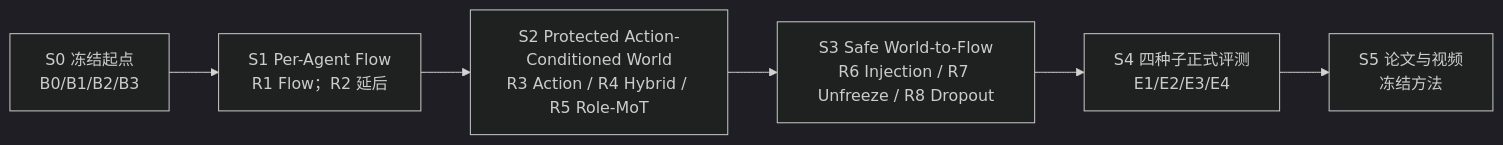
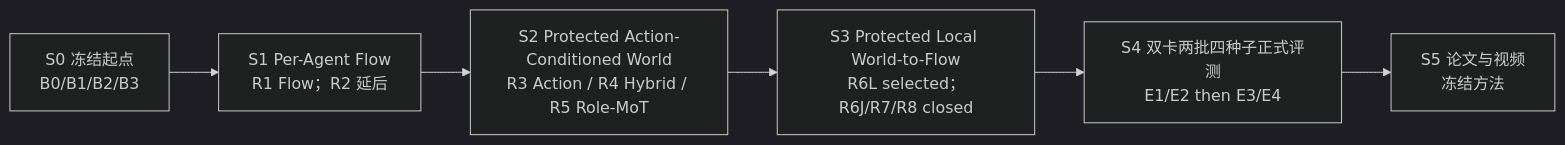
The first of 2 diagrams in docs/plans/20260725_P1_MULTI_ROBOT_MODEL_ARCHITECTURE_ACTION_GENERATION_ROADMAP_V2.0_ZH.md (Jeong-zju/before-we-act), drawn with Mermaid (dark theme) before and after one commit. The commit also changed other lines of this file, not shown here.

Commit message:
docs(s3): converge route on accepted local injection

````diff
--- a/docs/plans/20260725_P1_MULTI_ROBOT_MODEL_ARCHITECTURE_ACTION_GENERATION_ROADMAP_V2.0_ZH.md
+++ b/docs/plans/20260725_P1_MULTI_ROBOT_MODEL_ARCHITECTURE_ACTION_GENERATION_ROADMAP_V2.0_ZH.md
@@ -176,11 +175,11 @@
 ```mermaid
 flowchart LR
     S0["S0 冻结起点<br/>B0/B1/B2/B3"]
     S1["S1 Per-Agent Flow<br/>R1 Flow；R2 延后"]
     S2["S2 Protected Action-Conditioned World<br/>R3 Action / R4 Hybrid / R5 Role-MoT"]
-    S3["S3 Safe World-to-Flow<br/>R6 Injection / R7 Unfreeze / R8 Dropout"]
-    S4["S4 四种子正式评测<br/>E1/E2/E3/E4"]
+    S3["S3 Protected Local World-to-Flow<br/>R6L selected；R6J/R7/R8 closed"]
+    S4["S4 双卡两批四种子正式评测<br/>E1/E2 then E3/E4"]
     S5["S5 论文与视频<br/>冻结方法"]
 
     S0 --> S1 --> S2 --> S3 --> S4 --> S5
 ```
````
